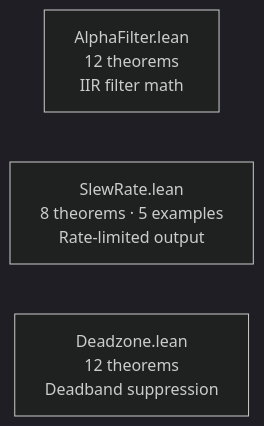
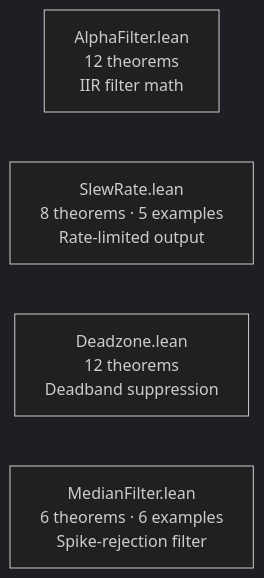
The third of 11 diagrams in formal-verification/REPORT.md (dsyme/PX4-Autopilot), drawn with Mermaid (dark theme) before and after one commit. The commit also changed other lines of this file and 1 other file, not shown here.

First line of the commit message:
docs(fv): update REPORT.md + CORRESPONDENCE.md for MedianFilter and SuperExpo (run37)

````diff
--- a/formal-verification/REPORT.md
+++ b/formal-verification/REPORT.md
@@ -76,6 +78,7 @@
 ```mermaid
 graph LR
     AF["AlphaFilter.lean<br/>12 theorems<br/>IIR filter math"]
     SR["SlewRate.lean<br/>8 theorems · 5 examples<br/>Rate-limited output"]
     DZ["Deadzone.lean<br/>12 theorems<br/>Deadband suppression"]
+    MF["MedianFilter.lean<br/>6 theorems · 6 examples<br/>Spike-rejection filter"]
 ```
````
